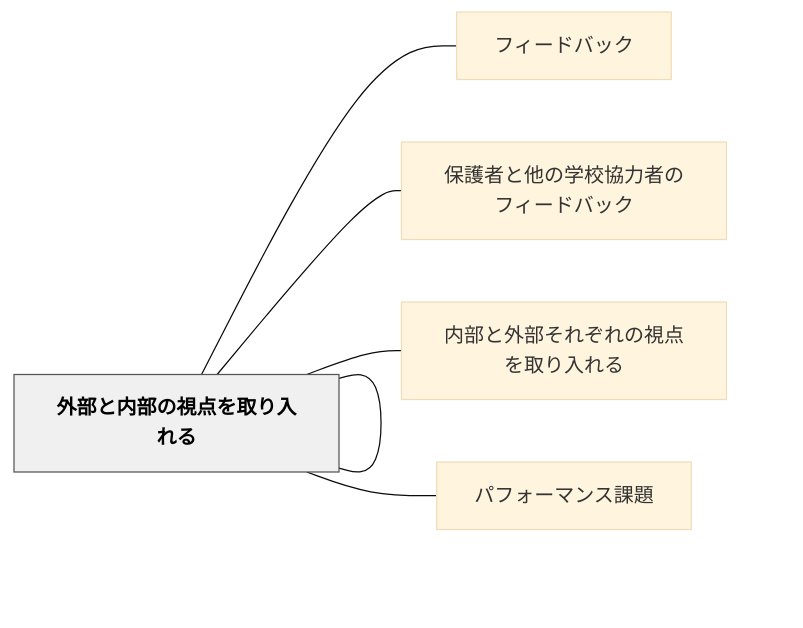
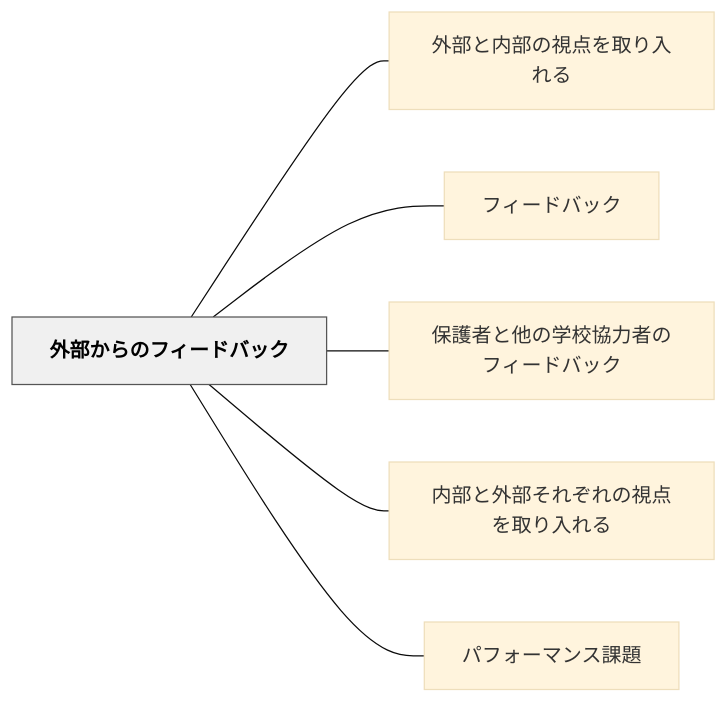
Before and after one commit to unknownthings-ed-patterns/unknownthings-ed-patterns: the diagram in content/パタン/外部からのフィードバック.md, drawn with Mermaid (base theme). The commit also changed 527 other files, not shown here.

````diff
--- a/content/パタン/外部からのフィードバック.md
+++ b/content/パタン/外部からのフィードバック.md
@@ -53,18 +53,18 @@
 ```mermaid
 flowchart LR
-    ne5a496e983a8["外部からのフィードバック"]
-    ne5a496e983a8["外部と内部の視点を取り入れる"]
-    ne38395e382a3["フィードバック"]
-    ne4bf9de8adb7["保護者と他の学校協力者のフィードバック"]
-    ne58685e983a8["内部と外部それぞれの視点を取り入れる"]
-    ne38391e38395["パフォーマンス課題"]
+    ne5a496e983a8e3818be38289e381aee38395e382a3e383bce38389e38390e38383e382af["外部からのフィードバック"]
+    ne5a496e983a8e381a8e58685e983a8e381aee8a696e782b9e38292e58f96e3828ae585a5e3828ce3828b["外部と内部の視点を取り入れる"]
+    ne38395e382a3e383bce38389e38390e38383e382af["フィードバック"]
+    ne4bf9de8adb7e88085e381a8e4bb96e381aee5ada6e6a0a1e58d94e58a9be88085e381aee38395e382a3e383bce38389e38390e38383e382af["保護者と他の学校協力者のフィードバック"]
+    ne58685e983a8e381a8e5a496e983a8e3819de3828ce3819ee3828ce381aee8a696e782b9e38292e58f96e3828ae585a5e3828ce3828b["内部と外部それぞれの視点を取り入れる"]
+    ne38391e38395e382a9e383bce3839ee383b3e382b9e8aab2e9a18c["パフォーマンス課題"]
 
-    ne5a496e983a8 --- ne5a496e983a8
-    ne5a496e983a8 --- ne38395e382a3
-    ne5a496e983a8 --- ne4bf9de8adb7
-    ne5a496e983a8 --- ne58685e983a8
-    ne5a496e983a8 --- ne38391e38395
+    ne5a496e983a8e3818be38289e381aee38395e382a3e383bce38389e38390e38383e382af --- ne5a496e983a8e381a8e58685e983a8e381aee8a696e782b9e38292e58f96e3828ae585a5e3828ce3828b
+    ne5a496e983a8e3818be38289e381aee38395e382a3e383bce38389e38390e38383e382af --- ne38395e382a3e383bce38389e38390e38383e382af
+    ne5a496e983a8e3818be38289e381aee38395e382a3e383bce38389e38390e38383e382af --- ne4bf9de8adb7e88085e381a8e4bb96e381aee5ada6e6a0a1e58d94e58a9be88085e381aee38395e382a3e383bce38389e38390e38383e382af
+    ne5a496e983a8e3818be38289e381aee38395e382a3e383bce38389e38390e38383e382af --- ne58685e983a8e381a8e5a496e983a8e3819de3828ce3819ee3828ce381aee8a696e782b9e38292e58f96e3828ae585a5e3828ce3828b
+    ne5a496e983a8e3818be38289e381aee38395e382a3e383bce38389e38390e38383e382af --- ne38391e38395e382a9e383bce3839ee383b3e382b9e8aab2e9a18c
 
     classDef hub fill:#f0f0f0,stroke:#555,color:#000,font-weight:bold
-    class ne5a496e983a8 hub
+    class ne5a496e983a8e3818be38289e381aee38395e382a3e383bce38389e38390e38383e382af hub
 ```
````
